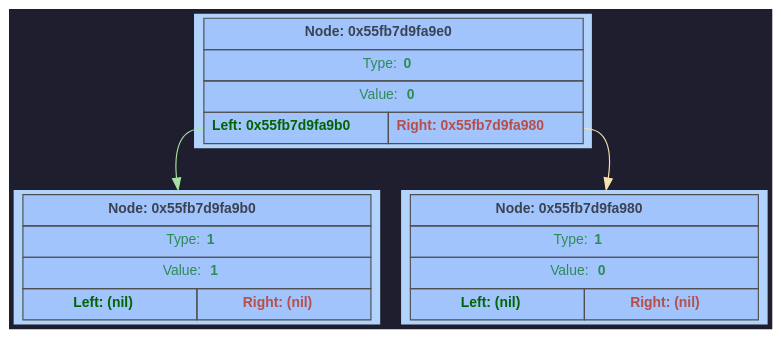
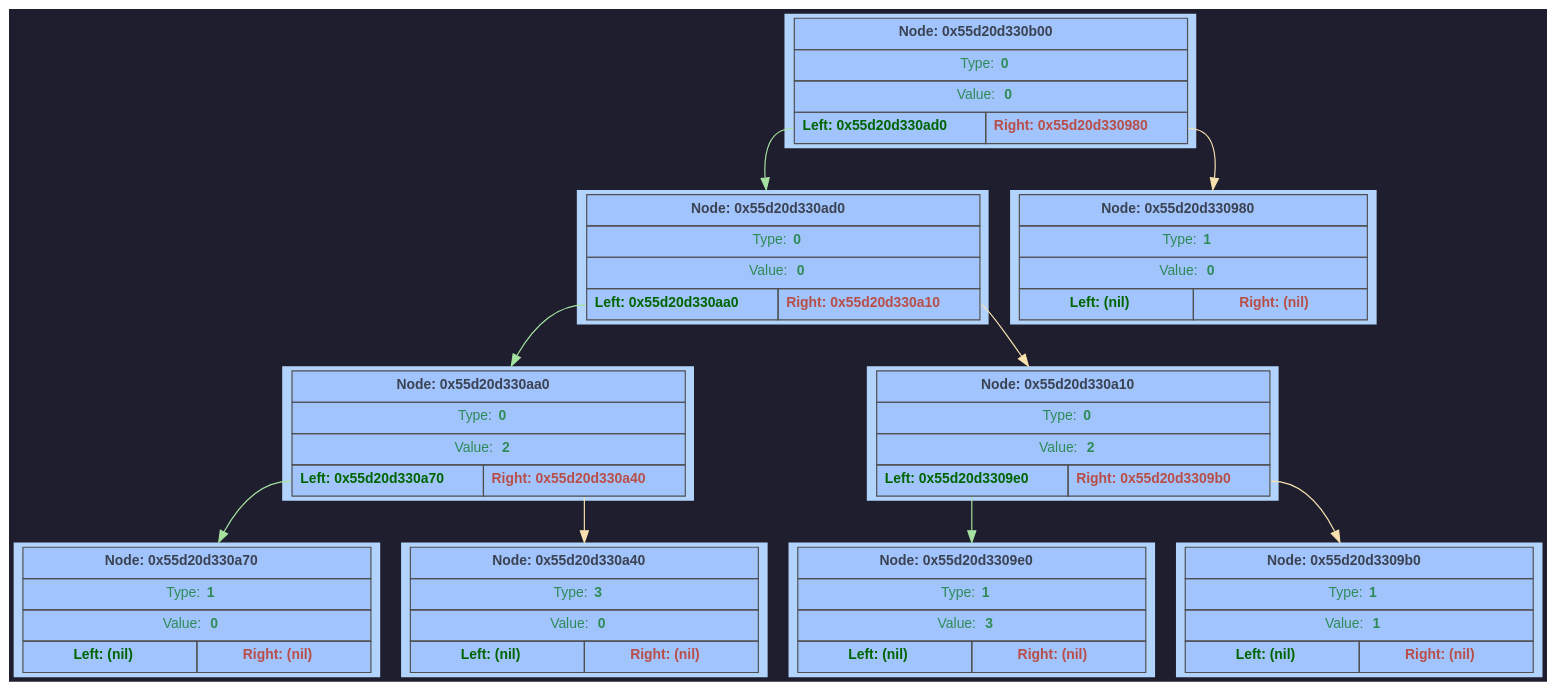
One commit to F1merhub/Differencator changed the diagram in GraphDump/dump.dot. Above: the diagram before and after it, drawn with Graphviz. The commit also changed 62 other files, not shown here.

```diff
--- a/GraphDump/dump.dot
+++ b/GraphDump/dump.dot
@@ -1,37 +1,103 @@
 digraph G {
 	rankdir = TB;
 	bgcolor="#1e1e2e";
 	node [shape=rectangle, style=filled, fontname=Helvetica, fontsize=12, fillcolor="#89b4fa", color="#cba6f7", fontcolor="#1e1e2e"];
-	node0x55fb7d9fa9e0 [shape=plaintext; style=filled; color="#fcf0d2"; fillcolor="#b2d4fc"; label = <
+	node0x55d20d330b00 [shape=plaintext; style=filled; color="#fcf0d2"; fillcolor="#b2d4fc"; label = <
 		         <table BORDER="0" CELLBORDER="1" CELLSPACING="0" CELLPADDING="6" BGCOLOR="#a1c4fd" COLOR="#4f4f4f">
-			           <tr><td align='center' colspan='2'><FONT COLOR='#3b4252'><b>Node: 0x55fb7d9fa9e0</b></FONT></td></tr>
+			           <tr><td align='center' colspan='2'><FONT COLOR='#3b4252'><b>Node: 0x55d20d330b00</b></FONT></td></tr>
 			           <tr><td align='center' colspan='2'><FONT COLOR='#2e8b57'>Type: <b> 0 </b></FONT></td></tr>
 			           <tr><td align='center' colspan='2'><FONT COLOR='#2e8b57'>Value: <b> 0 </b></FONT></td></tr>
 			           <tr>
-			               <td WIDTH='150' PORT='left'  align='center'><FONT COLOR='#006400'><b>Left: 0x55fb7d9fa9b0</b></FONT></td>
-			               <td WIDTH='150' PORT='right' align='center'><FONT COLOR='#b94e48'><b>Right: 0x55fb7d9fa980</b></FONT></td>
+			               <td WIDTH='150' PORT='left'  align='center'><FONT COLOR='#006400'><b>Left: 0x55d20d330ad0</b></FONT></td>
+			               <td WIDTH='150' PORT='right' align='center'><FONT COLOR='#b94e48'><b>Right: 0x55d20d330980</b></FONT></td>
 			           </tr>
 		         </table> >];
-	node0x55fb7d9fa9b0 [shape=plaintext; style=filled; color="#fcf0d2"; fillcolor="#b2d4fc"; label = <
+	node0x55d20d330ad0 [shape=plaintext; style=filled; color="#fcf0d2"; fillcolor="#b2d4fc"; label = <
 		         <table BORDER="0" CELLBORDER="1" CELLSPACING="0" CELLPADDING="6" BGCOLOR="#a1c4fd" COLOR="#4f4f4f">
-			           <tr><td align='center' colspan='2'><FONT COLOR='#3b4252'><b>Node: 0x55fb7d9fa9b0</b></FONT></td></tr>
+			           <tr><td align='center' colspan='2'><FONT COLOR='#3b4252'><b>Node: 0x55d20d330ad0</b></FONT></td></tr>
+			           <tr><td align='center' colspan='2'><FONT COLOR='#2e8b57'>Type: <b> 0 </b></FONT></td></tr>
+			           <tr><td align='center' colspan='2'><FONT COLOR='#2e8b57'>Value: <b> 0 </b></FONT></td></tr>
+			           <tr>
+			               <td WIDTH='150' PORT='left'  align='center'><FONT COLOR='#006400'><b>Left: 0x55d20d330aa0</b></FONT></td>
+			               <td WIDTH='150' PORT='right' align='center'><FONT COLOR='#b94e48'><b>Right: 0x55d20d330a10</b></FONT></td>
+			           </tr>
+		         </table> >];
+	node0x55d20d330aa0 [shape=plaintext; style=filled; color="#fcf0d2"; fillcolor="#b2d4fc"; label = <
+		         <table BORDER="0" CELLBORDER="1" CELLSPACING="0" CELLPADDING="6" BGCOLOR="#a1c4fd" COLOR="#4f4f4f">
+			           <tr><td align='center' colspan='2'><FONT COLOR='#3b4252'><b>Node: 0x55d20d330aa0</b></FONT></td></tr>
+			           <tr><td align='center' colspan='2'><FONT COLOR='#2e8b57'>Type: <b> 0 </b></FONT></td></tr>
+			           <tr><td align='center' colspan='2'><FONT COLOR='#2e8b57'>Value: <b> 2 </b></FONT></td></tr>
+			           <tr>
+			               <td WIDTH='150' PORT='left'  align='center'><FONT COLOR='#006400'><b>Left: 0x55d20d330a70</b></FONT></td>
+			               <td WIDTH='150' PORT='right' align='center'><FONT COLOR='#b94e48'><b>Right: 0x55d20d330a40</b></FONT></td>
+			           </tr>
+		         </table> >];
+	node0x55d20d330a70 [shape=plaintext; style=filled; color="#fcf0d2"; fillcolor="#b2d4fc"; label = <
+		         <table BORDER="0" CELLBORDER="1" CELLSPACING="0" CELLPADDING="6" BGCOLOR="#a1c4fd" COLOR="#4f4f4f">
+			           <tr><td align='center' colspan='2'><FONT COLOR='#3b4252'><b>Node: 0x55d20d330a70</b></FONT></td></tr>
+			           <tr><td align='center' colspan='2'><FONT COLOR='#2e8b57'>Type: <b> 1 </b></FONT></td></tr>
+			           <tr><td align='center' colspan='2'><FONT COLOR='#2e8b57'>Value: <b> 0 </b></FONT></td></tr>
+			           <tr>
+			               <td WIDTH='150' PORT='left'  align='center'><FONT COLOR='#006400'><b>Left: (nil)</b></FONT></td>
+			               <td WIDTH='150' PORT='right' align='center'><FONT COLOR='#b94e48'><b>Right: (nil)</b></FONT></td>
+			           </tr>
+		         </table> >];
+	node0x55d20d330aa0:left -> node0x55d20d330a70 [color="#a6e3a1"]
+	node0x55d20d330a40 [shape=plaintext; style=filled; color="#fcf0d2"; fillcolor="#b2d4fc"; label = <
+		         <table BORDER="0" CELLBORDER="1" CELLSPACING="0" CELLPADDING="6" BGCOLOR="#a1c4fd" COLOR="#4f4f4f">
+			           <tr><td align='center' colspan='2'><FONT COLOR='#3b4252'><b>Node: 0x55d20d330a40</b></FONT></td></tr>
+			           <tr><td align='center' colspan='2'><FONT COLOR='#2e8b57'>Type: <b> 3 </b></FONT></td></tr>
+			           <tr><td align='center' colspan='2'><FONT COLOR='#2e8b57'>Value: <b> 0 </b></FONT></td></tr>
+			           <tr>
+			               <td WIDTH='150' PORT='left'  align='center'><FONT COLOR='#006400'><b>Left: (nil)</b></FONT></td>
+			               <td WIDTH='150' PORT='right' align='center'><FONT COLOR='#b94e48'><b>Right: (nil)</b></FONT></td>
+			           </tr>
+		         </table> >];
+	node0x55d20d330aa0:right -> node0x55d20d330a40 [color="#f9e2af"]
+	node0x55d20d330ad0:left -> node0x55d20d330aa0 [color="#a6e3a1"]
+	node0x55d20d330a10 [shape=plaintext; style=filled; color="#fcf0d2"; fillcolor="#b2d4fc"; label = <
+		         <table BORDER="0" CELLBORDER="1" CELLSPACING="0" CELLPADDING="6" BGCOLOR="#a1c4fd" COLOR="#4f4f4f">
+			           <tr><td align='center' colspan='2'><FONT COLOR='#3b4252'><b>Node: 0x55d20d330a10</b></FONT></td></tr>
+			           <tr><td align='center' colspan='2'><FONT COLOR='#2e8b57'>Type: <b> 0 </b></FONT></td></tr>
+			           <tr><td align='center' colspan='2'><FONT COLOR='#2e8b57'>Value: <b> 2 </b></FONT></td></tr>
+			           <tr>
+			               <td WIDTH='150' PORT='left'  align='center'><FONT COLOR='#006400'><b>Left: 0x55d20d3309e0</b></FONT></td>
+			               <td WIDTH='150' PORT='right' align='center'><FONT COLOR='#b94e48'><b>Right: 0x55d20d3309b0</b></FONT></td>
+			           </tr>
+		         </table> >];
+	node0x55d20d3309e0 [shape=plaintext; style=filled; color="#fcf0d2"; fillcolor="#b2d4fc"; label = <
+		         <table BORDER="0" CELLBORDER="1" CELLSPACING="0" CELLPADDING="6" BGCOLOR="#a1c4fd" COLOR="#4f4f4f">
+			           <tr><td align='center' colspan='2'><FONT COLOR='#3b4252'><b>Node: 0x55d20d3309e0</b></FONT></td></tr>
+			           <tr><td align='center' colspan='2'><FONT COLOR='#2e8b57'>Type: <b> 1 </b></FONT></td></tr>
+			           <tr><td align='center' colspan='2'><FONT COLOR='#2e8b57'>Value: <b> 3 </b></FONT></td></tr>
+			           <tr>
+			               <td WIDTH='150' PORT='left'  align='center'><FONT COLOR='#006400'><b>Left: (nil)</b></FONT></td>
+			               <td WIDTH='150' PORT='right' align='center'><FONT COLOR='#b94e48'><b>Right: (nil)</b></FONT></td>
+			           </tr>
+		         </table> >];
+	node0x55d20d330a10:left -> node0x55d20d3309e0 [color="#a6e3a1"]
+	node0x55d20d3309b0 [shape=plaintext; style=filled; color="#fcf0d2"; fillcolor="#b2d4fc"; label = <
+		         <table BORDER="0" CELLBORDER="1" CELLSPACING="0" CELLPADDING="6" BGCOLOR="#a1c4fd" COLOR="#4f4f4f">
+			           <tr><td align='center' colspan='2'><FONT COLOR='#3b4252'><b>Node: 0x55d20d3309b0</b></FONT></td></tr>
 			           <tr><td align='center' colspan='2'><FONT COLOR='#2e8b57'>Type: <b> 1 </b></FONT></td></tr>
 			           <tr><td align='center' colspan='2'><FONT COLOR='#2e8b57'>Value: <b> 1 </b></FONT></td></tr>
 			           <tr>
 			               <td WIDTH='150' PORT='left'  align='center'><FONT COLOR='#006400'><b>Left: (nil)</b></FONT></td>
 			               <td WIDTH='150' PORT='right' align='center'><FONT COLOR='#b94e48'><b>Right: (nil)</b></FONT></td>
 			           </tr>
 		         </table> >];
-	node0x55fb7d9fa9e0:left -> node0x55fb7d9fa9b0 [color="#a6e3a1"]
-	node0x55fb7d9fa980 [shape=plaintext; style=filled; color="#fcf0d2"; fillcolor="#b2d4fc"; label = <
+	node0x55d20d330a10:right -> node0x55d20d3309b0 [color="#f9e2af"]
+	node0x55d20d330ad0:right -> node0x55d20d330a10 [color="#f9e2af"]
+	node0x55d20d330b00:left -> node0x55d20d330ad0 [color="#a6e3a1"]
+	node0x55d20d330980 [shape=plaintext; style=filled; color="#fcf0d2"; fillcolor="#b2d4fc"; label = <
 		         <table BORDER="0" CELLBORDER="1" CELLSPACING="0" CELLPADDING="6" BGCOLOR="#a1c4fd" COLOR="#4f4f4f">
-			           <tr><td align='center' colspan='2'><FONT COLOR='#3b4252'><b>Node: 0x55fb7d9fa980</b></FONT></td></tr>
+			           <tr><td align='center' colspan='2'><FONT COLOR='#3b4252'><b>Node: 0x55d20d330980</b></FONT></td></tr>
 			           <tr><td align='center' colspan='2'><FONT COLOR='#2e8b57'>Type: <b> 1 </b></FONT></td></tr>
 			           <tr><td align='center' colspan='2'><FONT COLOR='#2e8b57'>Value: <b> 0 </b></FONT></td></tr>
 			           <tr>
 			               <td WIDTH='150' PORT='left'  align='center'><FONT COLOR='#006400'><b>Left: (nil)</b></FONT></td>
 			               <td WIDTH='150' PORT='right' align='center'><FONT COLOR='#b94e48'><b>Right: (nil)</b></FONT></td>
 			           </tr>
 		         </table> >];
-	node0x55fb7d9fa9e0:right -> node0x55fb7d9fa980 [color="#f9e2af"]
+	node0x55d20d330b00:right -> node0x55d20d330980 [color="#f9e2af"]
 }
```
